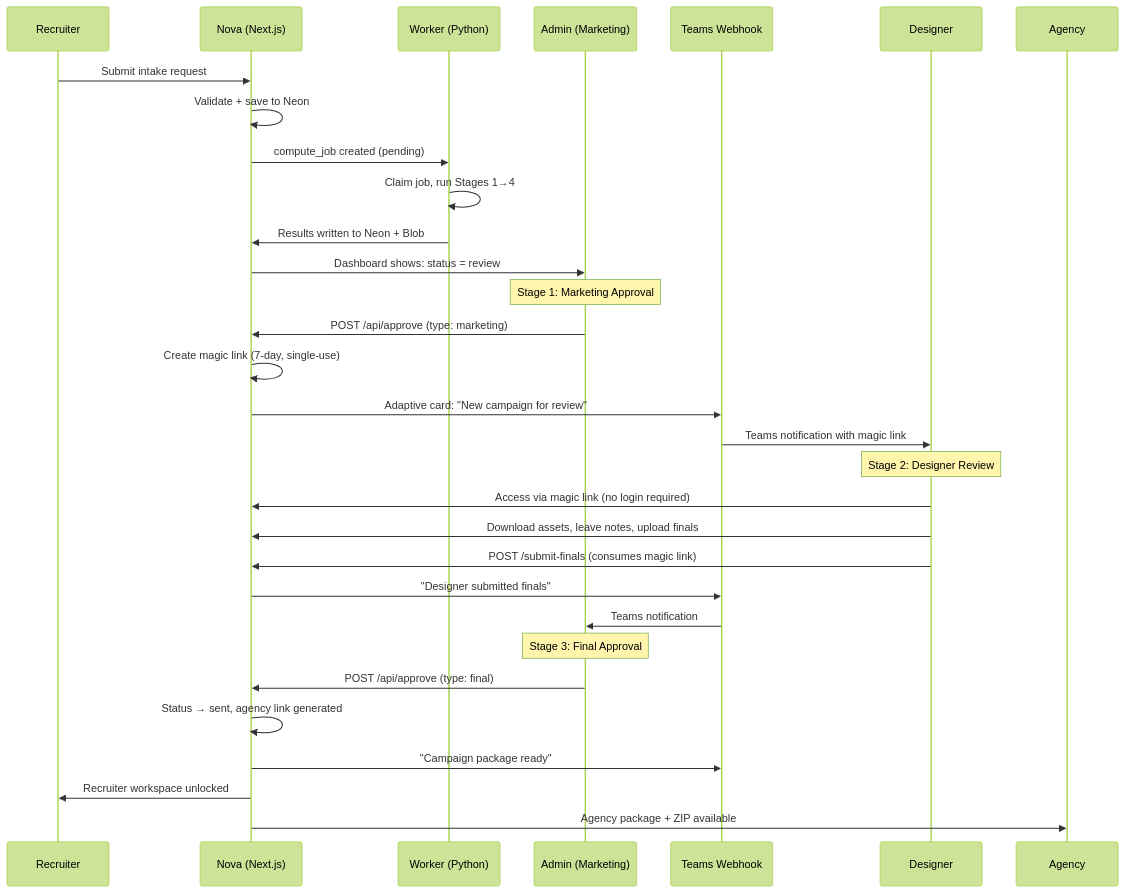
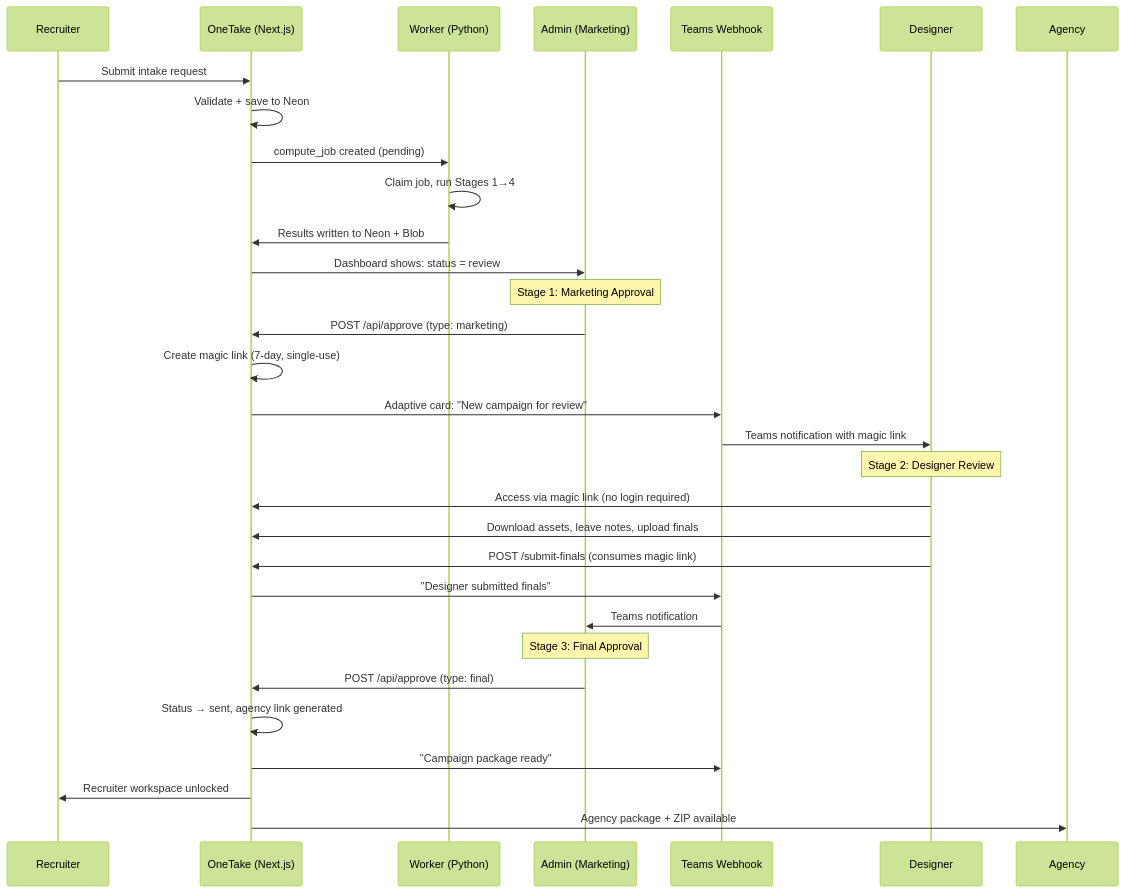
The fifth of 5 diagrams in README.md (Steviewonders99/OneTake), drawn with Mermaid (forest theme) before and after one commit. The commit also changed other lines of this file, not shown here.

First line of the commit message:
docs: rename Nova → OneTake, add April 23 features + new schema tables to README

````diff
--- a/README.md
+++ b/README.md
@@ -794,37 +839,37 @@
 ```mermaid
 sequenceDiagram
     participant R as Recruiter
-    participant App as Nova (Next.js)
+    participant App as OneTake (Next.js)
     participant W as Worker (Python)
     participant A as Admin (Marketing)
     participant T as Teams Webhook
     participant D as Designer
     participant AG as Agency
 
     R->>App: Submit intake request
     App->>App: Validate + save to Neon
     App->>W: compute_job created (pending)
     W->>W: Claim job, run Stages 1→4
     W->>App: Results written to Neon + Blob
     App->>A: Dashboard shows: status = review
 
     Note over A: Stage 1: Marketing Approval
     A->>App: POST /api/approve (type: marketing)
     App->>App: Create magic link (7-day, single-use)
     App->>T: Adaptive card: "New campaign for review"
     T->>D: Teams notification with magic link
 
     Note over D: Stage 2: Designer Review
     D->>App: Access via magic link (no login required)
     D->>App: Download assets, leave notes, upload finals
     D->>App: POST /submit-finals (consumes magic link)
     App->>T: "Designer submitted finals"
     T->>A: Teams notification
 
     Note over A: Stage 3: Final Approval
     A->>App: POST /api/approve (type: final)
     App->>App: Status → sent, agency link generated
     App->>T: "Campaign package ready"
     App->>R: Recruiter workspace unlocked
     App->>AG: Agency package + ZIP available
 ```
````
